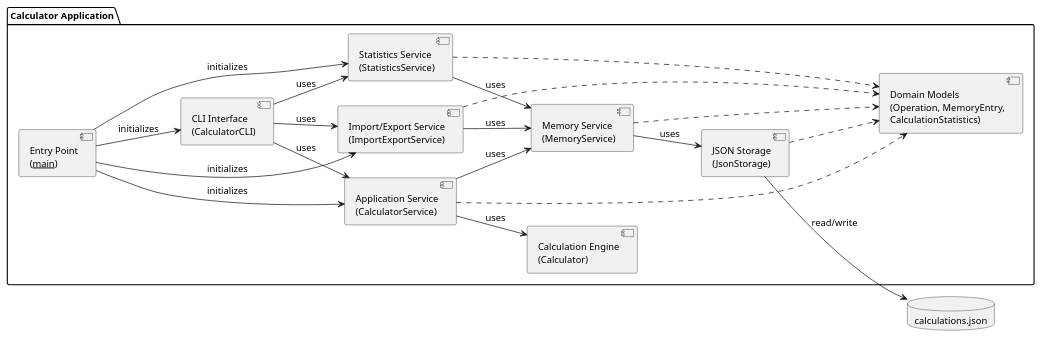
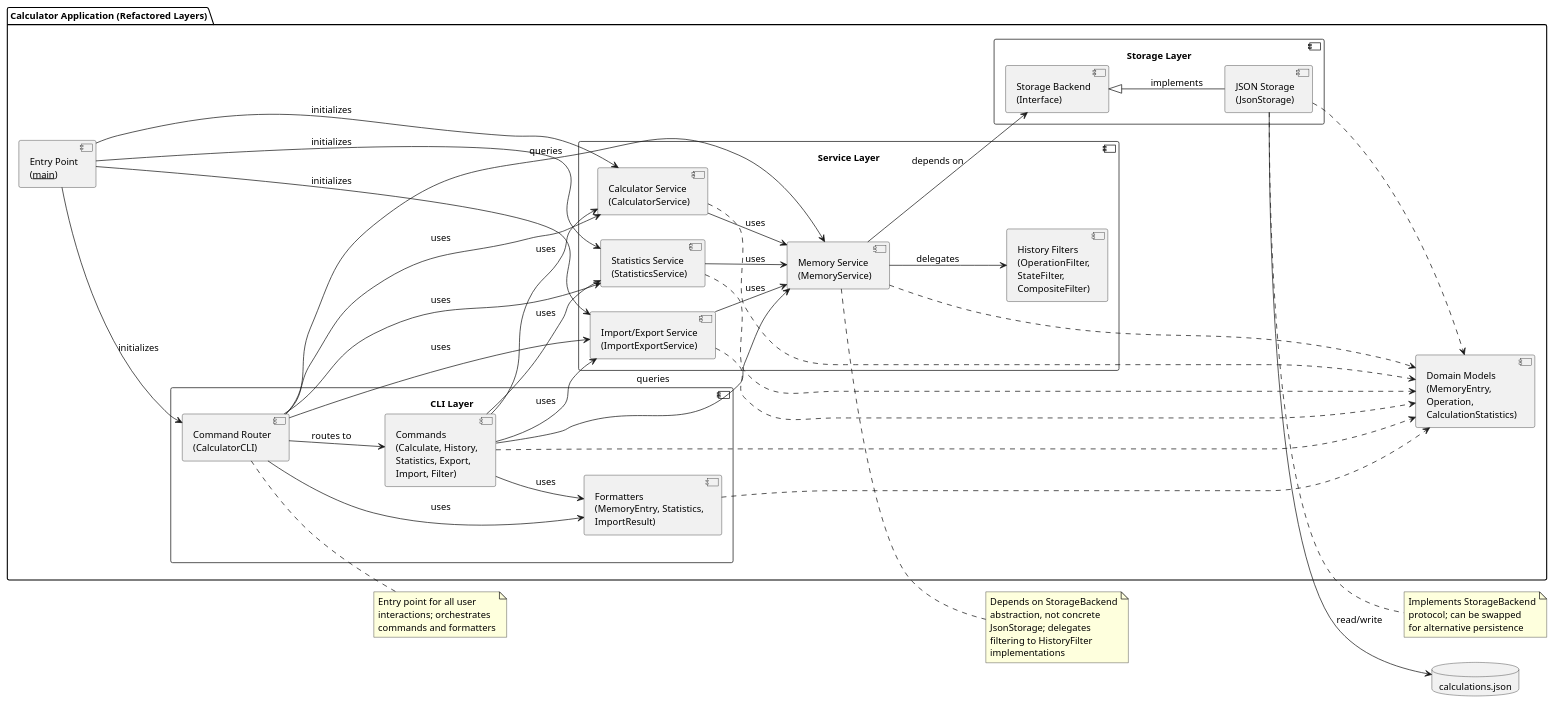
One commit to DanielRiha8906/Software_autoevolution_using_agents changed the diagram in experiments/pipeline/user_stories/calculator/artifacts/component_diagram.puml. Above: the diagram before and after it, drawn with PlantUML. The commit also changed 28 other files, not shown here.

First line of the commit message:
task 09 | pipeline / user_stories / calculator

```diff
--- a/experiments/pipeline/user_stories/calculator/artifacts/component_diagram.puml
+++ b/experiments/pipeline/user_stories/calculator/artifacts/component_diagram.puml
@@ -1,44 +1,92 @@
 @startuml component_diagram
 
 skinparam componentStyle uml2
 skinparam defaultFontSize 13
 left to right direction
 
-package "Calculator Application" {
+package "Calculator Application (Refactored Layers)" {
 
     component "Entry Point\n(__main__)" as Main
-    component "CLI Interface\n(CalculatorCLI)" as CLI
-    component "Application Service\n(CalculatorService)" as Service
-    component "Statistics Service\n(StatisticsService)" as Statistics
-    component "Import/Export Service\n(ImportExportService)" as ImportExport
-    component "Calculation Engine\n(Calculator)" as Calc
-    component "Memory Service\n(MemoryService)" as Memory
-    component "JSON Storage\n(JsonStorage)" as Store
-    component "Domain Models\n(Operation, MemoryEntry,\nCalculationStatistics)" as Models
+
+    component "CLI Layer" {
+        component "Command Router\n(CalculatorCLI)" as CLI
+        component "Commands\n(Calculate, History,\nStatistics, Export,\nImport, Filter)" as Commands
+        component "Formatters\n(MemoryEntry, Statistics,\nImportResult)" as Formatters
+    }
+
+    component "Service Layer" {
+        component "Calculator Service\n(CalculatorService)" as Service
+        component "Statistics Service\n(StatisticsService)" as Statistics
+        component "Import/Export Service\n(ImportExportService)" as ImportExport
+        component "Memory Service\n(MemoryService)" as Memory
+        component "History Filters\n(OperationFilter,\nStateFilter,\nCompositeFilter)" as HistoryFilters
+    }
+
+    component "Storage Layer" {
+        component "Storage Backend\n(Interface)" as StorageInterface
+        component "JSON Storage\n(JsonStorage)" as Store
+    }
+
+    component "Domain Models\n(MemoryEntry,\nOperation,\nCalculationStatistics)" as Models
 
     Main --> CLI : initializes
     Main --> Service : initializes
     Main --> Statistics : initializes
     Main --> ImportExport : initializes
 
+    CLI --> Commands : routes to
+    CLI --> Formatters : uses
     CLI --> Service : uses
     CLI --> Statistics : uses
     CLI --> ImportExport : uses
-    Service --> Calc : uses
+    CLI --> Memory : queries
+
+    Commands --> Service : uses
+    Commands --> Statistics : uses
+    Commands --> ImportExport : uses
+    Commands --> Memory : queries
+    Commands --> Formatters : uses
+
     Service --> Memory : uses
     Statistics --> Memory : uses
     ImportExport --> Memory : uses
-    Memory --> Store : uses
+
+    Memory --> HistoryFilters : delegates
+    Memory --> StorageInterface : depends on
+
+    StorageInterface <|-- Store : implements
 
     Service ..> Models
     Statistics ..> Models
     ImportExport ..> Models
     Memory ..> Models
     Store ..> Models
+    Commands ..> Models
+    Formatters ..> Models
 }
 
 database "calculations.json" as DB
 
 Store --> DB : read/write
 
+note right of CLI
+    Entry point for all user
+    interactions; orchestrates
+    commands and formatters
+end note
+
+note right of Memory
+    Depends on StorageBackend
+    abstraction, not concrete
+    JsonStorage; delegates
+    filtering to HistoryFilter
+    implementations
+end note
+
+note right of Store
+    Implements StorageBackend
+    protocol; can be swapped
+    for alternative persistence
+end note
+
 @enduml
```
